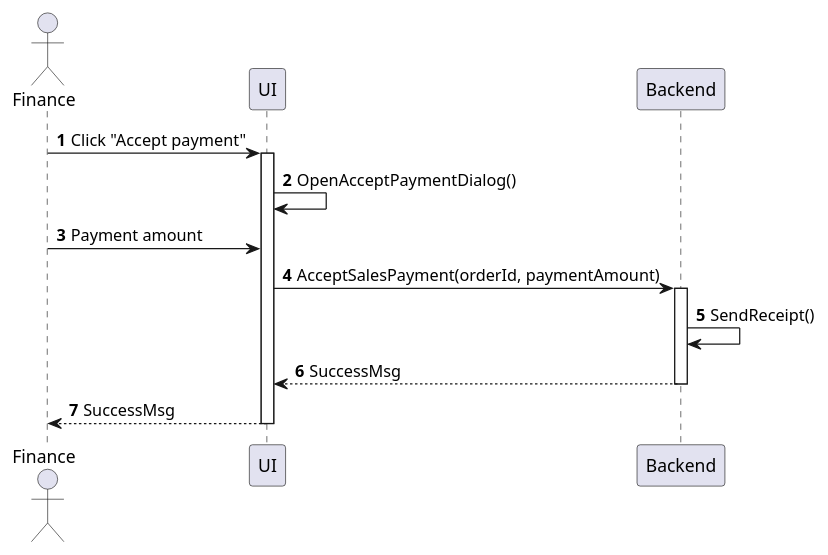
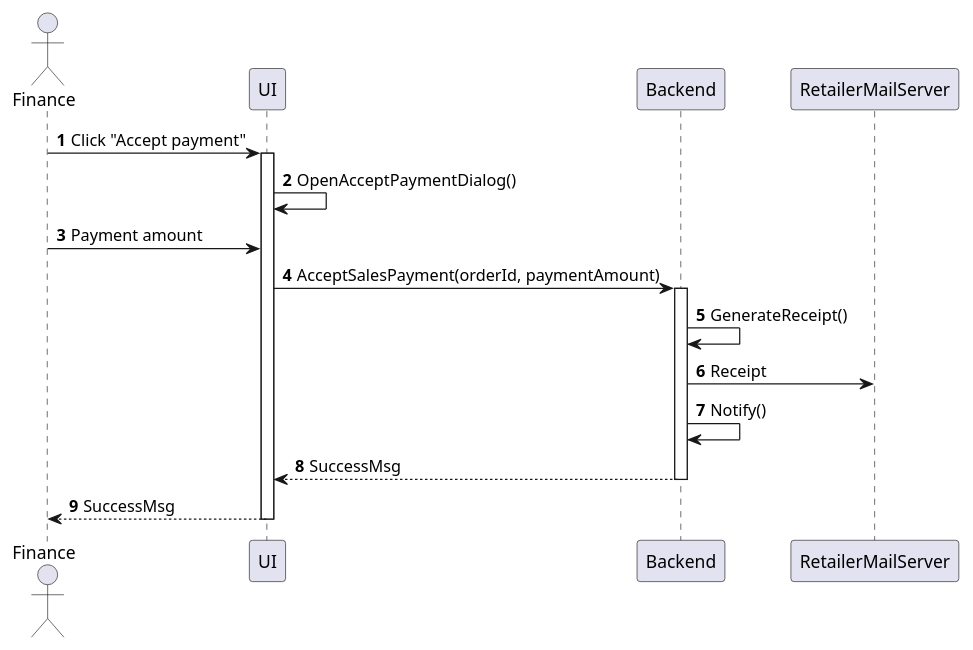
Before and after one commit to phihungha/scmss-reqs: the diagram in sequences/sales-order-accept-payment.plantuml, drawn with PlantUML. The commit also changed 3 other files, not shown here.

```diff
--- a/sequences/sales-order-accept-payment.plantuml
+++ b/sequences/sales-order-accept-payment.plantuml
@@ -1,17 +1,20 @@
 @startuml sales-order-accept-payment
 autonumber
 
 actor "Finance" as a
 participant UI as f
 participant Backend as b
+participant RetailerMailServer as c
 
 a -> f : Click "Accept payment"
 activate f
 f -> f : OpenAcceptPaymentDialog()
 a -> f : Payment amount
 f -> b : AcceptSalesPayment(orderId, paymentAmount)
 activate b
-b -> b : SendReceipt()
+b -> b : GenerateReceipt()
+b -> c : Receipt
+b -> b : Notify()
 return SuccessMsg
 return SuccessMsg
 @enduml
```
